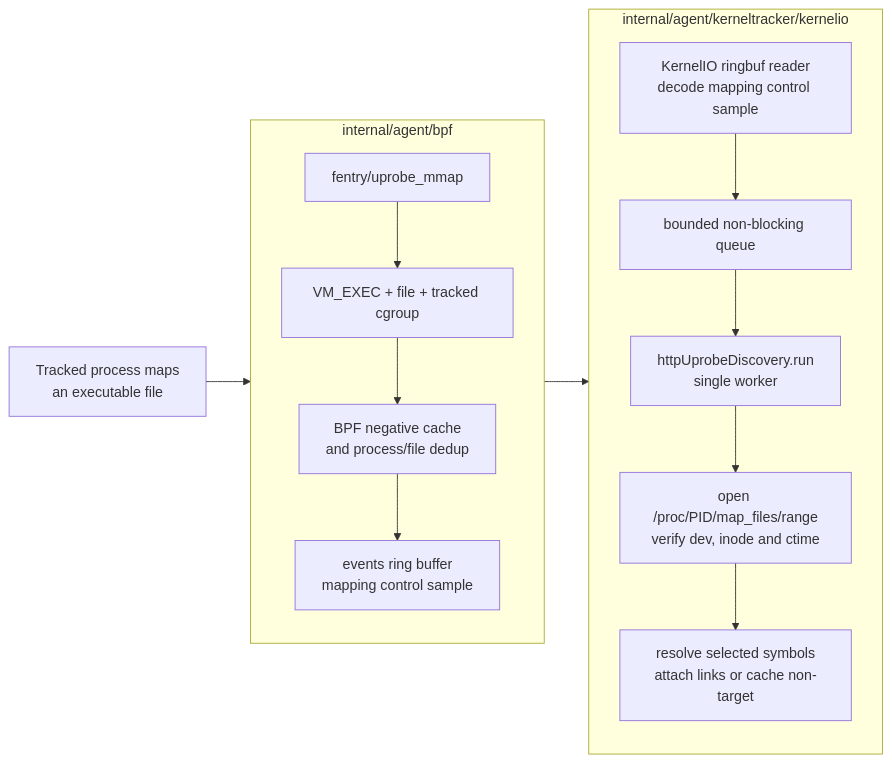
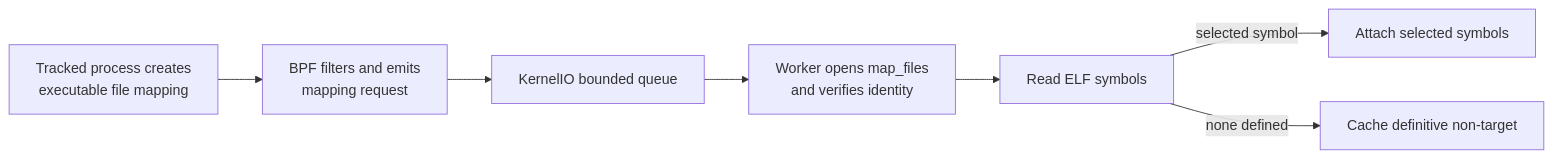
One commit to cicd-sensor/cicd-sensor changed the second of 4 diagrams in docs/developer-guide/ebpf/http-uprobes.md. Above: the diagram before and after it, drawn with Mermaid. The commit also changed other lines of this file and 2 other files, not shown here.

Commit message:
docs(ebpf): explain HTTP uprobe discovery design

````diff
--- a/docs/developer-guide/ebpf/http-uprobes.md
+++ b/docs/developer-guide/ebpf/http-uprobes.md
@@ -117,26 +108,14 @@
 ```mermaid
 flowchart LR
-    P["Tracked process maps<br/>an executable file"]
+    MAP["Tracked process creates<br/>executable file mapping"]
+    BPF["BPF filters and emits<br/>mapping request"]
+    QUEUE["KernelIO bounded queue"]
+    OPEN["Worker opens map_files<br/>and verifies identity"]
+    ELF["Read ELF symbols"]
+    ATTACH["Attach selected symbols"]
+    CACHE["Cache definitive non-target"]
 
-    subgraph BPF["internal/agent/bpf"]
-        direction TB
-        M["fentry/uprobe_mmap"]
-        F["VM_EXEC + file + tracked cgroup"]
-        C["BPF negative cache<br/>and process/file dedup"]
-        R["events ring buffer<br/>mapping control sample"]
-        M --> F --> C --> R
-    end
-
-    subgraph KIO["internal/agent/kerneltracker/kernelio"]
-        direction TB
-        D["KernelIO ringbuf reader<br/>decode mapping control sample"]
-        Q["bounded non-blocking queue"]
-        W["httpUprobeDiscovery.run<br/>single worker"]
-        O["open /proc/PID/map_files/range<br/>verify dev, inode and ctime"]
-        A["resolve selected symbols<br/>attach links or cache non-target"]
-        D --> Q --> W --> O --> A
-    end
-
-    P --> M
-    R --> D
+    MAP --> BPF --> QUEUE --> OPEN --> ELF
+    ELF -->|"selected symbol"| ATTACH
+    ELF -->|"none defined"| CACHE
 ```
````
